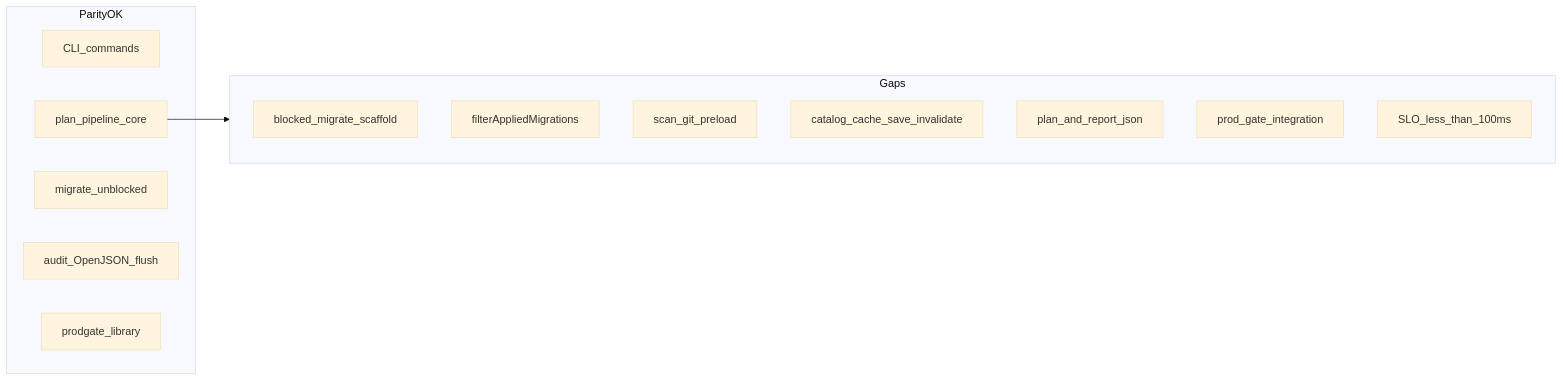
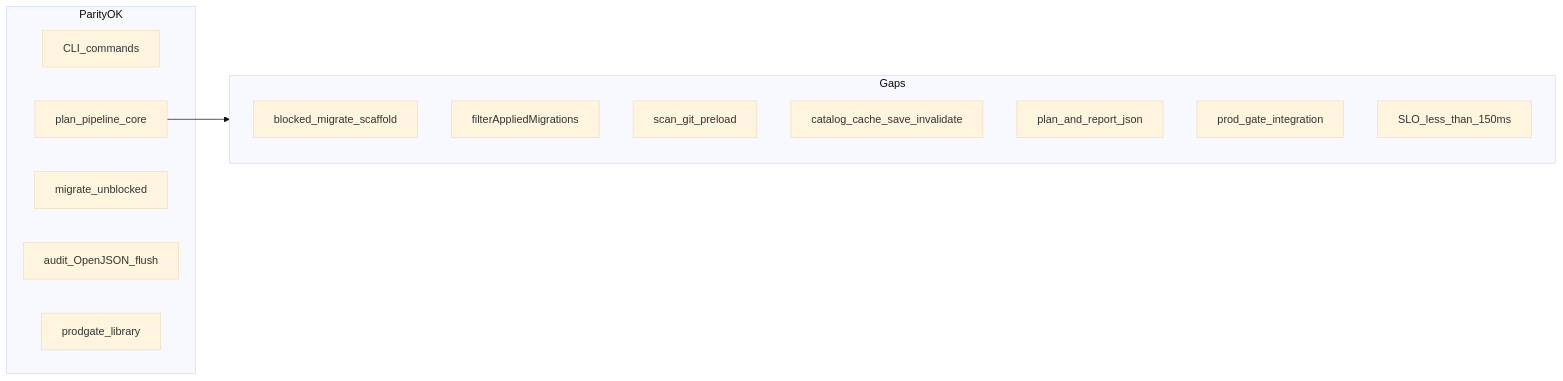
Before and after one commit to agredyaev/mssql-migrator: the second of 2 diagrams in docs/rust-port-plan.md, drawn with Mermaid (base theme). The commit also changed other lines of this file and 8 other files, not shown here.

````diff
--- a/docs/rust-port-plan.md
+++ b/docs/rust-port-plan.md
@@ -158,20 +158,20 @@
 ```mermaid
 flowchart LR
   subgraph done [ParityOK]
     CLI[CLI_commands]
     PlanCore[plan_pipeline_core]
     ApplyHappy[migrate_unblocked]
     Audit[audit_OpenJSON_flush]
     GateLib[prodgate_library]
   end
   subgraph gaps [Gaps]
     Scaffold[blocked_migrate_scaffold]
     FilterMig[filterAppliedMigrations]
     GitMeta[scan_git_preload]
     CatCache[catalog_cache_save_invalidate]
     Reports[plan_and_report_json]
     ProdGate[prod_gate_integration]
-    SLOtarget["SLO_less_than_100ms"]
+    SLOtarget["SLO_less_than_150ms"]
   end
   PlanCore --> gaps
 ```
````
